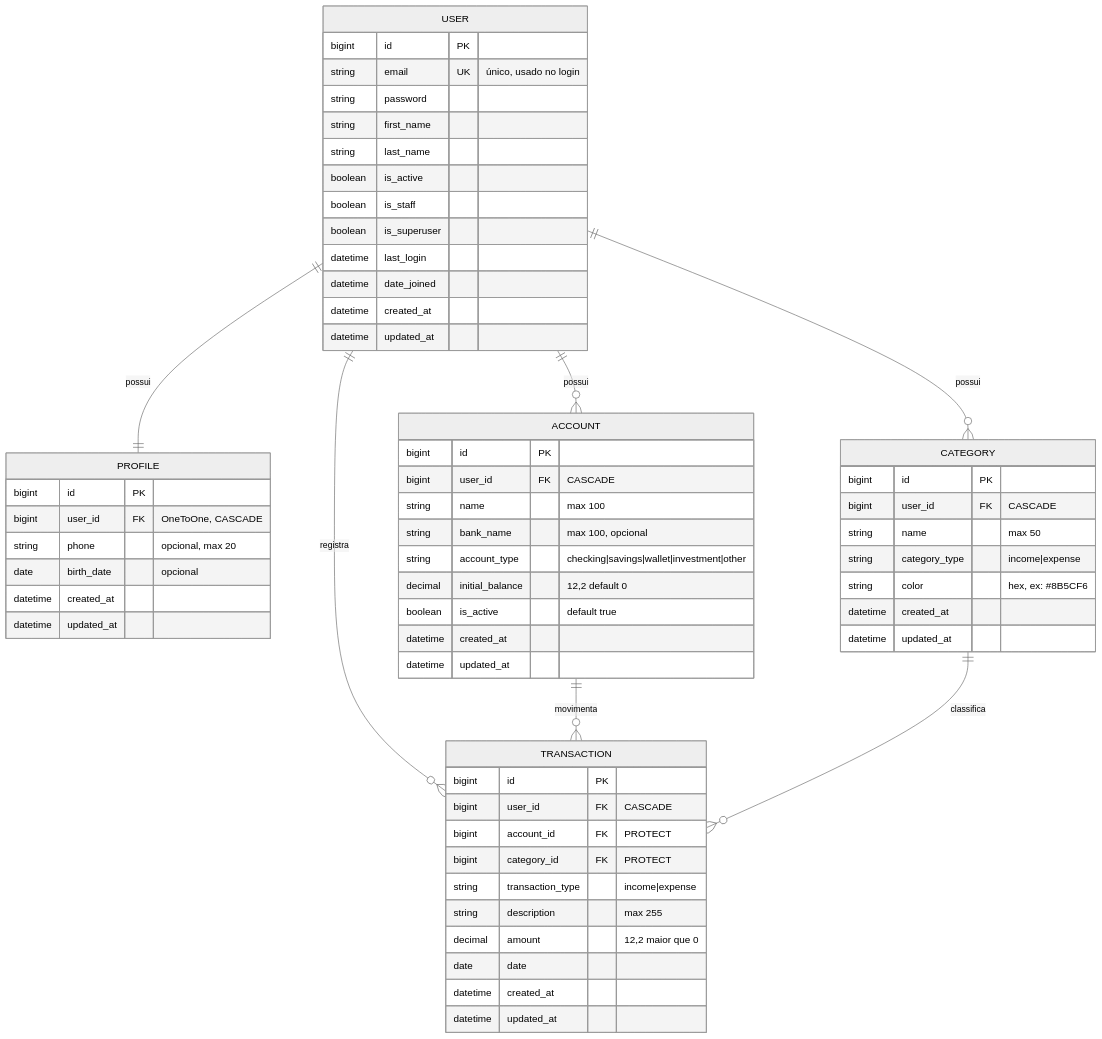
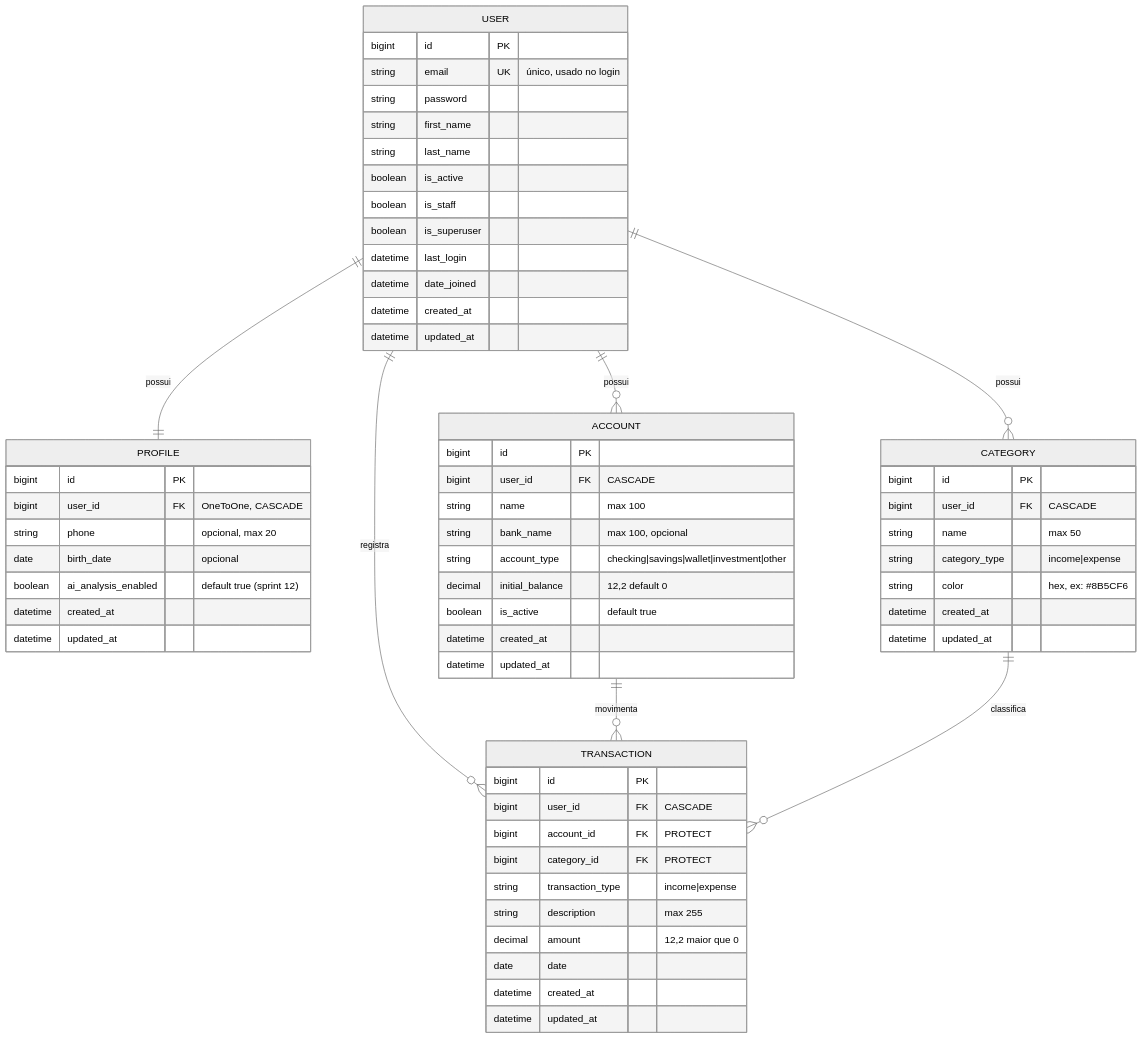
Before and after one commit to rubenmelo-dotcom/finanpy: the third of 7 diagrams in PRD.md, drawn with Mermaid (neutral theme). The commit also changed other lines of this file and 23 other files, not shown here.

````diff
--- a/PRD.md
+++ b/PRD.md
@@ -448,68 +461,69 @@
 ```mermaid
 erDiagram
     USER ||--|| PROFILE : "possui"
     USER ||--o{ ACCOUNT : "possui"
     USER ||--o{ CATEGORY : "possui"
     USER ||--o{ TRANSACTION : "registra"
     ACCOUNT ||--o{ TRANSACTION : "movimenta"
     CATEGORY ||--o{ TRANSACTION : "classifica"
 
     USER {
         bigint id PK
         string email UK "único, usado no login"
         string password
         string first_name
         string last_name
         boolean is_active
         boolean is_staff
         boolean is_superuser
         datetime last_login
         datetime date_joined
         datetime created_at
         datetime updated_at
     }
 
     PROFILE {
         bigint id PK
         bigint user_id FK "OneToOne, CASCADE"
         string phone "opcional, max 20"
         date birth_date "opcional"
+        boolean ai_analysis_enabled "default true (sprint 12)"
         datetime created_at
         datetime updated_at
     }
 
     ACCOUNT {
         bigint id PK
         bigint user_id FK "CASCADE"
         string name "max 100"
         string bank_name "max 100, opcional"
         string account_type "checking|savings|wallet|investment|other"
         decimal initial_balance "12,2 default 0"
         boolean is_active "default true"
         datetime created_at
         datetime updated_at
     }
 
     CATEGORY {
         bigint id PK
         bigint user_id FK "CASCADE"
         string name "max 50"
         string category_type "income|expense"
         string color "hex, ex: #8B5CF6"
         datetime created_at
         datetime updated_at
     }
 
     TRANSACTION {
         bigint id PK
         bigint user_id FK "CASCADE"
         bigint account_id FK "PROTECT"
         bigint category_id FK "PROTECT"
         string transaction_type "income|expense"
         string description "max 255"
         decimal amount "12,2 maior que 0"
         date date
         datetime created_at
         datetime updated_at
     }
 ```
````
